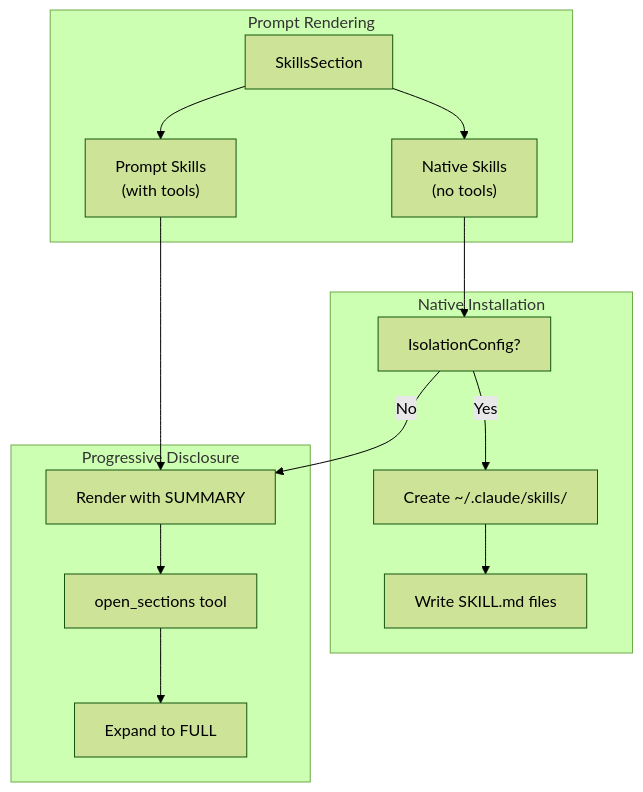
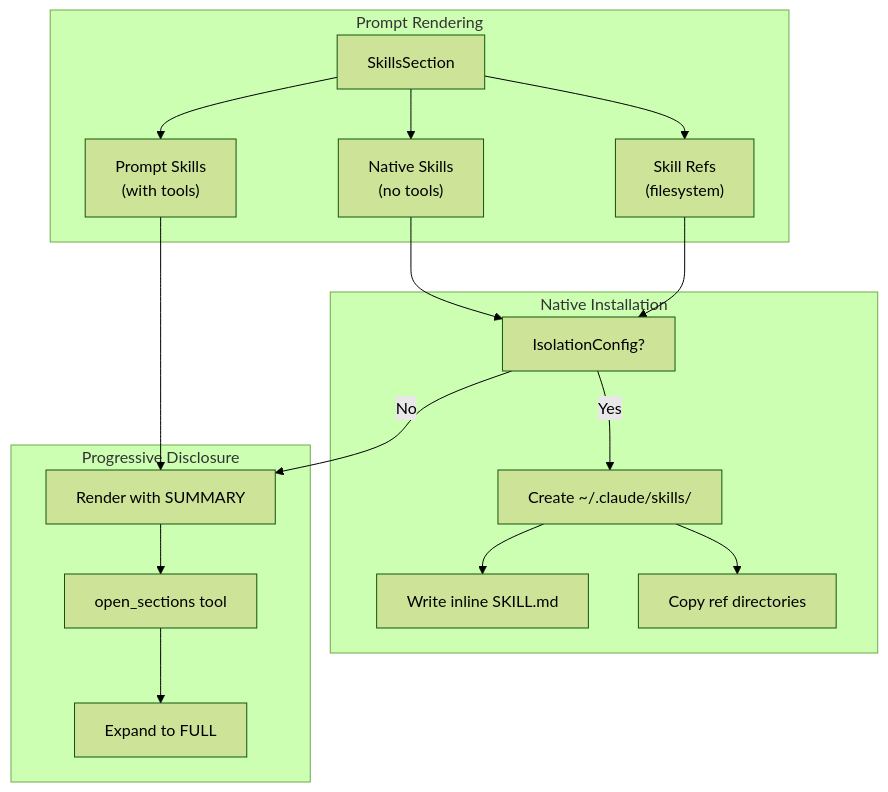
One commit to weakincentives/weakincentives changed the diagram in specs/SKILLS.md. Above: the diagram before and after it, drawn with Mermaid (forest theme). The commit also changed other lines of this file, not shown here.

First line of the commit message:
Add SkillRef for filesystem-based skill references

````diff
--- a/specs/SKILLS.md
+++ b/specs/SKILLS.md
@@ -166,28 +276,34 @@
 ```mermaid
 flowchart TB
     subgraph Render["Prompt Rendering"]
         Skills["SkillsSection"]
         Native["Native Skills<br/>(no tools)"]
+        Refs["Skill Refs<br/>(filesystem)"]
         Prompt["Prompt Skills<br/>(with tools)"]
     end
 
     subgraph Install["Native Installation"]
         Check["IsolationConfig?"]
         Dir["Create ~/.claude/skills/"]
-        Write["Write SKILL.md files"]
+        WriteInline["Write inline SKILL.md"]
+        CopyRefs["Copy ref directories"]
     end
 
     subgraph Disclose["Progressive Disclosure"]
         Summary["Render with SUMMARY"]
         Open["open_sections tool"]
         Full["Expand to FULL"]
     end
 
     Skills --> Native
+    Skills --> Refs
     Skills --> Prompt
     Native --> Check
-    Check -->|Yes| Dir --> Write
+    Refs --> Check
+    Check -->|Yes| Dir
+    Dir --> WriteInline
+    Dir --> CopyRefs
     Check -->|No| Summary
     Prompt --> Summary
     Summary --> Open --> Full
 ```
````
